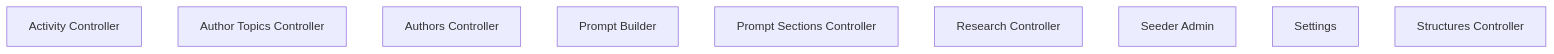
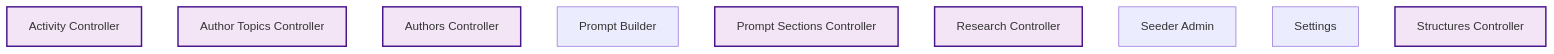
Before and after one commit to rpnunez/wp-ai-scheduler: the sixth of 10 diagrams in docs/feature-report.md, drawn with Mermaid. The commit also changed other lines of this file and 2 other files, not shown here.

````diff
--- a/docs/feature-report.md
+++ b/docs/feature-report.md
@@ -224,19 +237,20 @@
 ```mermaid
 flowchart TD
     %% User Interface Architecture
 
-    ActivityController["Activity Controller"]
-    AuthorTopicsController["Author Topics Controller"]
-    AuthorsController["Authors Controller"]
-    PromptBuilder["Prompt Builder"]
-    PromptSectionsController["Prompt Sections Controller"]
-    ResearchController["Research Controller"]
-    SeederAdmin["Seeder Admin"]
+    Activity_Controller["Activity Controller"]
+    Author_Topics_Controller["Author Topics Controller"]
+    Authors_Controller["Authors Controller"]
+    Prompt_Builder["Prompt Builder"]
+    Prompt_Sections_Controller["Prompt Sections Controller"]
+    Research_Controller["Research Controller"]
+    Seeder_Admin["Seeder Admin"]
     Settings["Settings"]
-    StructuresController["Structures Controller"]
+    Structures_Controller["Structures Controller"]
 
 
     classDef repository fill:#e1f5ff,stroke:#01579b,stroke-width:2px
     classDef service fill:#fff3e0,stroke:#e65100,stroke-width:2px
     classDef controller fill:#f3e5f5,stroke:#4a148c,stroke-width:2px
+    class Activity_Controller,Author_Topics_Controller,Authors_Controller,Prompt_Sections_Controller,Research_Controller,Structures_Controller controller
 ```
````
